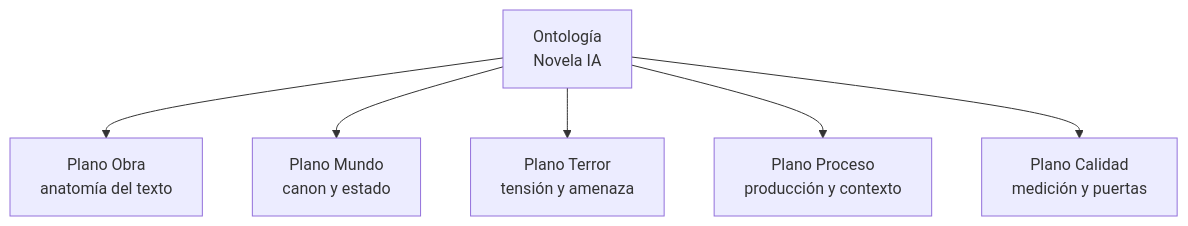
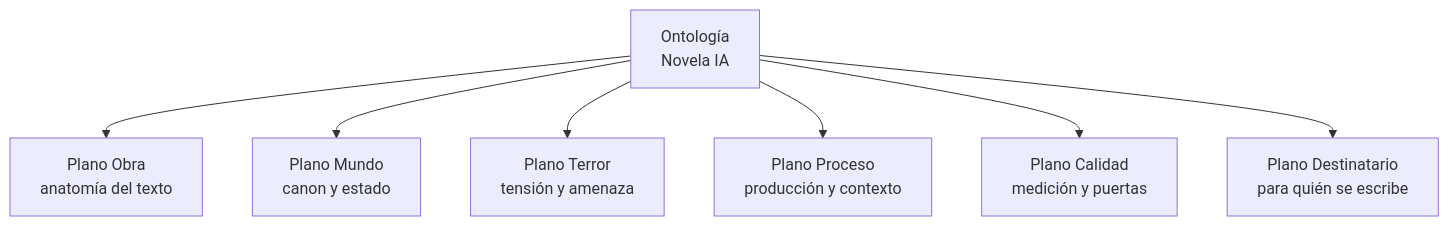
Before and after one commit to SantiagoEspinosa-ai/My_novel_story: the first of 11 diagrams in Docs/domain-knowledge.md, drawn with Mermaid. The commit also changed other lines of this file and 7 other files, not shown here.

````diff
--- a/Docs/domain-knowledge.md
+++ b/Docs/domain-knowledge.md
@@ -9,9 +9,10 @@
 ```mermaid
 flowchart TD
   O["Ontología<br/>Novela IA"]
   O --> P1["Plano Obra<br/>anatomía del texto"]
   O --> P2["Plano Mundo<br/>canon y estado"]
   O --> P3["Plano Terror<br/>tensión y amenaza"]
   O --> P4["Plano Proceso<br/>producción y contexto"]
   O --> P5["Plano Calidad<br/>medición y puertas"]
+  O --> P6["Plano Destinatario<br/>para quién se escribe"]
 ```
````
